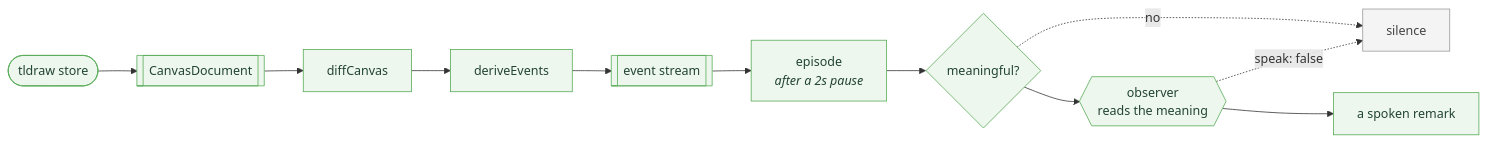
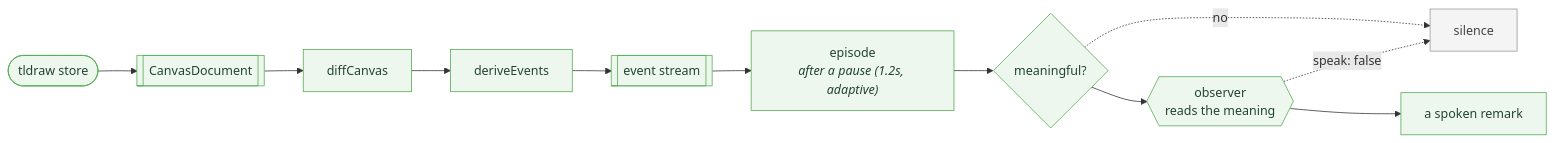
The fifth of 7 diagrams in docs/why.md (merdemkoc/llm-spatial-context), drawn with Mermaid before and after one commit. The commit also changed other lines of this file and 12 other files, not shown here.

First line of the commit message:
Re-shoot the README figures, add the missing write-back figure, and fix stale prose (#19)

````diff
--- a/docs/why.md
+++ b/docs/why.md
@@ -353,18 +353,18 @@
 ```mermaid
 flowchart LR
     store(["tldraw store"]) --> doc[["CanvasDocument"]]
     doc --> diff["diffCanvas"]
     diff --> events["deriveEvents"]
     events --> stream[["event stream"]]
-    stream --> episode["episode<br/><i>after a 2s pause</i>"]
+    stream --> episode["episode<br/><i>after a pause (1.2s, adaptive)</i>"]
     episode --> gate{"meaningful?"}
     gate -.->|"no"| quiet["silence"]
     gate --> model{{"observer<br/>reads the meaning"}}
     model -.->|"speak: false"| quiet
     model --> voice["a spoken remark"]
 
     classDef built fill:#eef7ee,stroke:#5a5,color:#243;
     classDef hush fill:#f4f4f5,stroke:#999,color:#444;
     class store,doc,diff,events,stream,episode,gate,model,voice built;
     class quiet hush;
 ```
````
